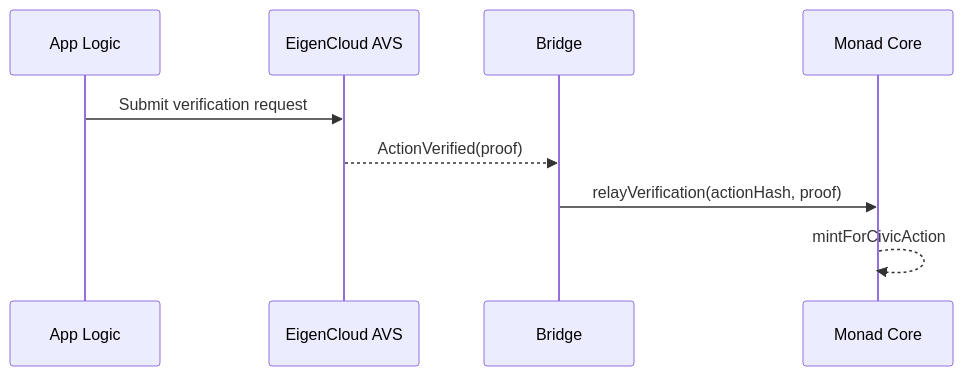
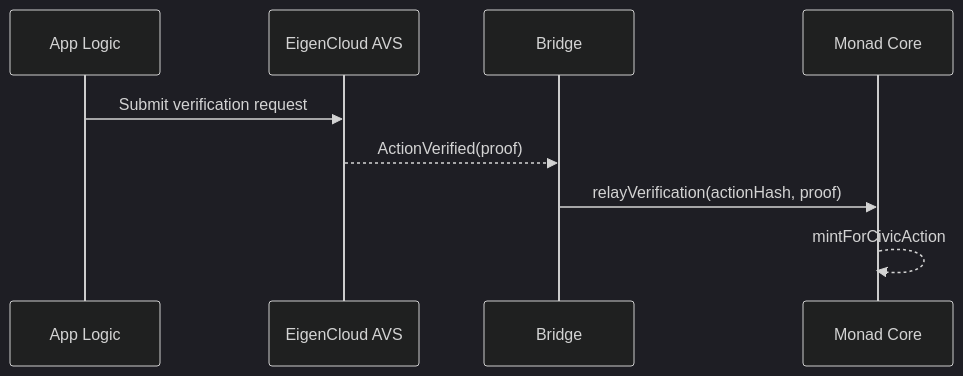
One commit to communisaas/voter-protocol changed the fourth of 5 diagrams in docs/architecture/OVERVIEW_HYBRID_ARCHITECTURE.md. Above: the diagram before and after it, drawn with Mermaid. The commit also changed other lines of this file and 7 other files, not shown here.

````diff
--- a/docs/architecture/OVERVIEW_HYBRID_ARCHITECTURE.md
+++ b/docs/architecture/OVERVIEW_HYBRID_ARCHITECTURE.md
@@ -48,11 +70,12 @@
 ```mermaid
+%%{init: {'theme':'dark'}}%%
 sequenceDiagram
   participant App as App Logic
   participant Eigen as EigenCloud AVS
   participant Bridge as Bridge
   participant Monad as Monad Core
   App->>Eigen: Submit verification request
   Eigen-->>Bridge: ActionVerified(proof)
   Bridge->>Monad: relayVerification(actionHash, proof)
   Monad-->>Monad: mintForCivicAction
 ```
````
